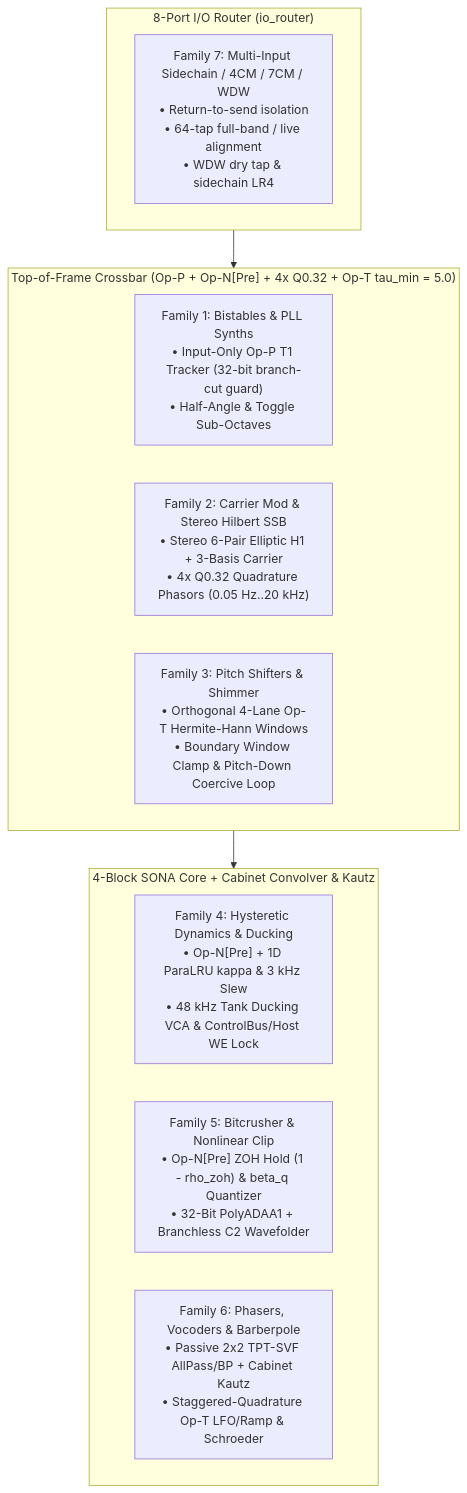
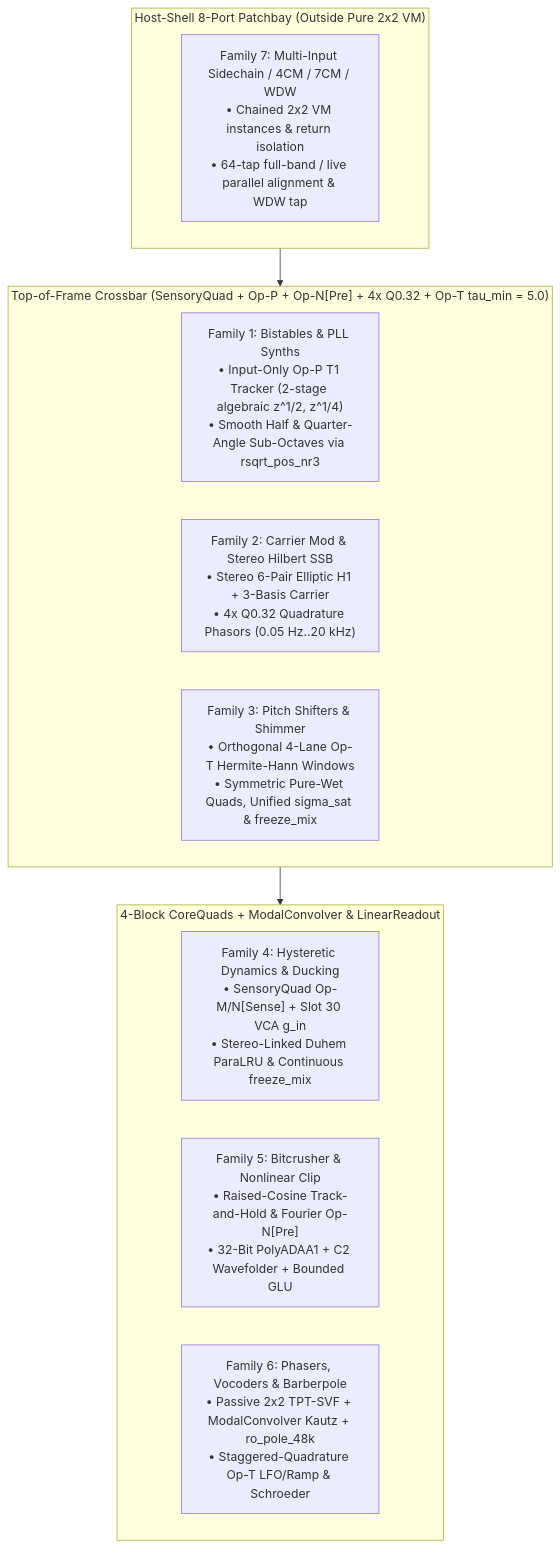
Before and after one commit to mokugen/dnam: the seventh of 7 diagrams in docs/specs/architecture/sona_architecture.md, drawn with Mermaid. The commit also changed other lines of this file and 26 other files, not shown here.

Commit message:
docs(specs): M10a pure 2x2 SONA VM boundary, Upgrades 1-6, and operator-neutral terminology

````diff
--- a/docs/specs/architecture/sona_architecture.md
+++ b/docs/specs/architecture/sona_architecture.md
@@ -629,20 +646,20 @@
 ```mermaid
 flowchart TD
-    subgraph IoRouter ["8-Port I/O Router (io_router)"]
-        F7["Family 7: Multi-Input Sidechain / 4CM / 7CM / WDW<br/>• Return-to-send isolation<br/>• 64-tap full-band / live alignment<br/>• WDW dry tap & sidechain LR4"]
+    subgraph HostShell ["Host-Shell 8-Port Patchbay (Outside Pure 2x2 VM)"]
+        F7["Family 7: Multi-Input Sidechain / 4CM / 7CM / WDW<br/>• Chained 2x2 VM instances & return isolation<br/>• 64-tap full-band / live parallel alignment & WDW tap"]
     end
 
-    subgraph Crossbar ["Top-of-Frame Crossbar (Op-P + Op-N[Pre] + 4x Q0.32 + Op-T tau_min = 5.0)"]
-        F1["Family 1: Bistables & PLL Synths<br/>• Input-Only Op-P T1 Tracker (32-bit branch-cut guard)<br/>• Half-Angle & Toggle Sub-Octaves"]
+    subgraph Crossbar ["Top-of-Frame Crossbar (SensoryQuad + Op-P + Op-N[Pre] + 4x Q0.32 + Op-T tau_min = 5.0)"]
+        F1["Family 1: Bistables & PLL Synths<br/>• Input-Only Op-P T1 Tracker (2-stage algebraic z^1/2, z^1/4)<br/>• Smooth Half & Quarter-Angle Sub-Octaves via rsqrt_pos_nr3"]
         F2["Family 2: Carrier Mod & Stereo Hilbert SSB<br/>• Stereo 6-Pair Elliptic H1 + 3-Basis Carrier<br/>• 4x Q0.32 Quadrature Phasors (0.05 Hz..20 kHz)"]
-        F3["Family 3: Pitch Shifters & Shimmer<br/>• Orthogonal 4-Lane Op-T Hermite-Hann Windows<br/>• Boundary Window Clamp & Pitch-Down Coercive Loop"]
+        F3["Family 3: Pitch Shifters & Shimmer<br/>• Orthogonal 4-Lane Op-T Hermite-Hann Windows<br/>• Symmetric Pure-Wet Quads, Unified sigma_sat & freeze_mix"]
     end
 
-    subgraph CoreAndCab ["4-Block SONA Core + Cabinet Convolver & Kautz"]
-        F4["Family 4: Hysteretic Dynamics & Ducking<br/>• Op-N[Pre] + 1D ParaLRU kappa & 3 kHz Slew<br/>• 48 kHz Tank Ducking VCA & ControlBus/Host WE Lock"]
-        F5["Family 5: Bitcrusher & Nonlinear Clip<br/>• Op-N[Pre] ZOH Hold (1 - rho_zoh) & beta_q Quantizer<br/>• 32-Bit PolyADAA1 + Branchless C2 Wavefolder"]
-        F6["Family 6: Phasers, Vocoders & Barberpole<br/>• Passive 2x2 TPT-SVF AllPass/BP + Cabinet Kautz<br/>• Staggered-Quadrature Op-T LFO/Ramp & Schroeder"]
+    subgraph CoreAndConv ["4-Block CoreQuads + ModalConvolver & LinearReadout"]
+        F4["Family 4: Hysteretic Dynamics & Ducking<br/>• SensoryQuad Op-M/N[Sense] + Slot 30 VCA g_in<br/>• Stereo-Linked Duhem ParaLRU & Continuous freeze_mix"]
+        F5["Family 5: Bitcrusher & Nonlinear Clip<br/>• Raised-Cosine Track-and-Hold & Fourier Op-N[Pre]<br/>• 32-Bit PolyADAA1 + C2 Wavefolder + Bounded GLU"]
+        F6["Family 6: Phasers, Vocoders & Barberpole<br/>• Passive 2x2 TPT-SVF + ModalConvolver Kautz + ro_pole_48k<br/>• Staggered-Quadrature Op-T LFO/Ramp & Schroeder"]
     end
 
-    IoRouter --> Crossbar --> CoreAndCab
+    HostShell --> Crossbar --> CoreAndConv
 ```
````
